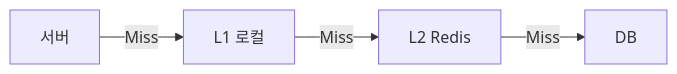
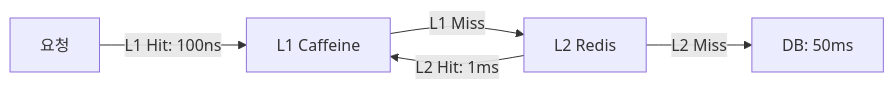
Before and after one commit to yjkim2015/yjkim2015.github.io: the first of 8 diagrams in _posts/caching/2026-05-03-multi-layer-caching.md, drawn with Mermaid. The commit also changed other lines of this file and 4 other files, not shown here.

````diff
--- a/_posts/caching/2026-05-03-multi-layer-caching.md
+++ b/_posts/caching/2026-05-03-multi-layer-caching.md
@@ -32,6 +34,7 @@
 ```mermaid
 graph LR
-    S["서버"] -->|"Miss"| L1["L1 로컬"]
-    L1 -->|"Miss"| L2["L2 Redis"]
-    L2 -->|"Miss"| DB["DB"]
+    REQ["요청"] -->|"L1 Hit: 100ns"| L1["L1 Caffeine"]
+    L1 -->|"L1 Miss"| L2["L2 Redis"]
+    L2 -->|"L2 Hit: 1ms"| L1
+    L2 -->|"L2 Miss"| DB["DB: 50ms"]
 ```
````
